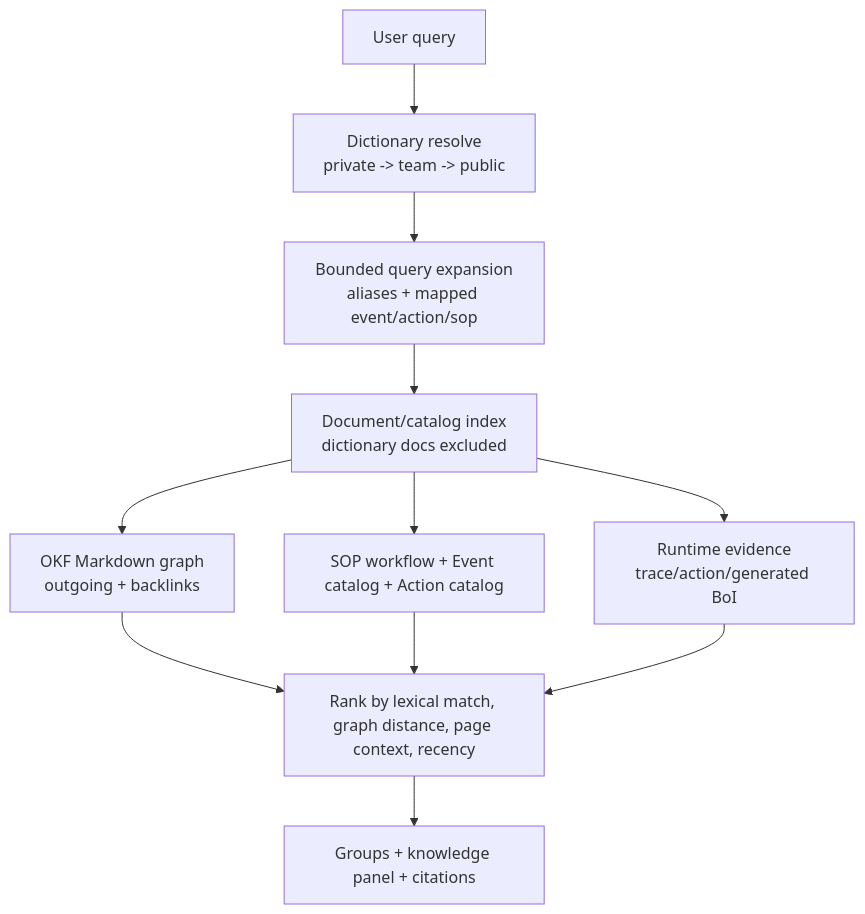
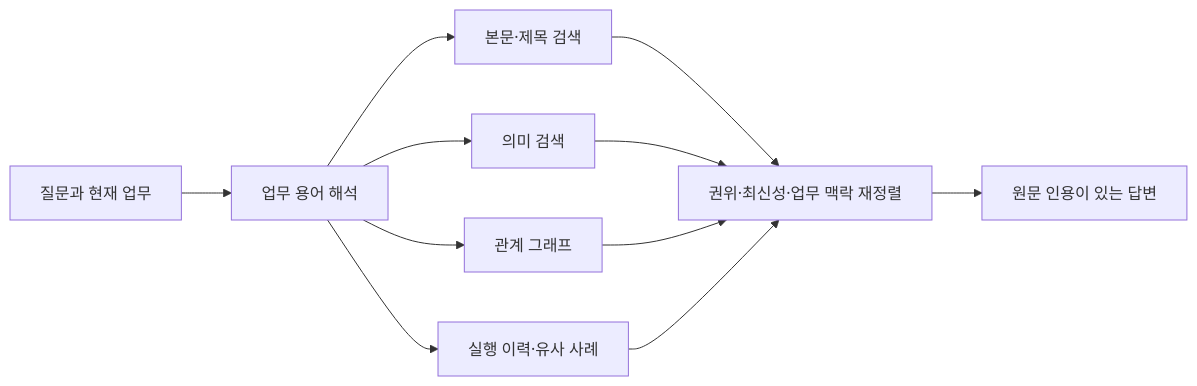
Before and after one commit to chokukil/boi-wiki: the diagram in data/boi/public/boi-wiki-manual/agent/ontology-retrieval-and-search.md, drawn with Mermaid. The commit also changed other lines of this file and 89 other files, not shown here.

````diff
--- a/data/boi/public/boi-wiki-manual/agent/ontology-retrieval-and-search.md
+++ b/data/boi/public/boi-wiki-manual/agent/ontology-retrieval-and-search.md
@@ -34,13 +36,13 @@
 ```mermaid
-flowchart TD
-  Q["User query"] --> D["Dictionary resolve<br/>private -> team -> public"]
-  D --> EXP["Bounded query expansion<br/>aliases + mapped event/action/sop"]
-  EXP --> IDX["Document/catalog index<br/>dictionary docs excluded"]
-  IDX --> G["OKF Markdown graph<br/>outgoing + backlinks"]
-  IDX --> CAT["SOP workflow + Event catalog + Action catalog"]
-  IDX --> RT["Runtime evidence<br/>trace/action/generated BoI"]
-  G --> RANK["Rank by lexical match, graph distance, page context, recency"]
-  CAT --> RANK
-  RT --> RANK
-  RANK --> OUT["Groups + knowledge panel + citations"]
+flowchart LR
+  Q["질문과 현재 업무"] --> D["업무 용어 해석"]
+  D --> L["본문·제목 검색"]
+  D --> V["의미 검색"]
+  D --> G["관계 그래프"]
+  D --> R["실행 이력·유사 사례"]
+  L --> RR["권위·최신성·업무 맥락 재정렬"]
+  V --> RR
+  G --> RR
+  R --> RR
+  RR --> C["원문 인용이 있는 답변"]
 ```
````
